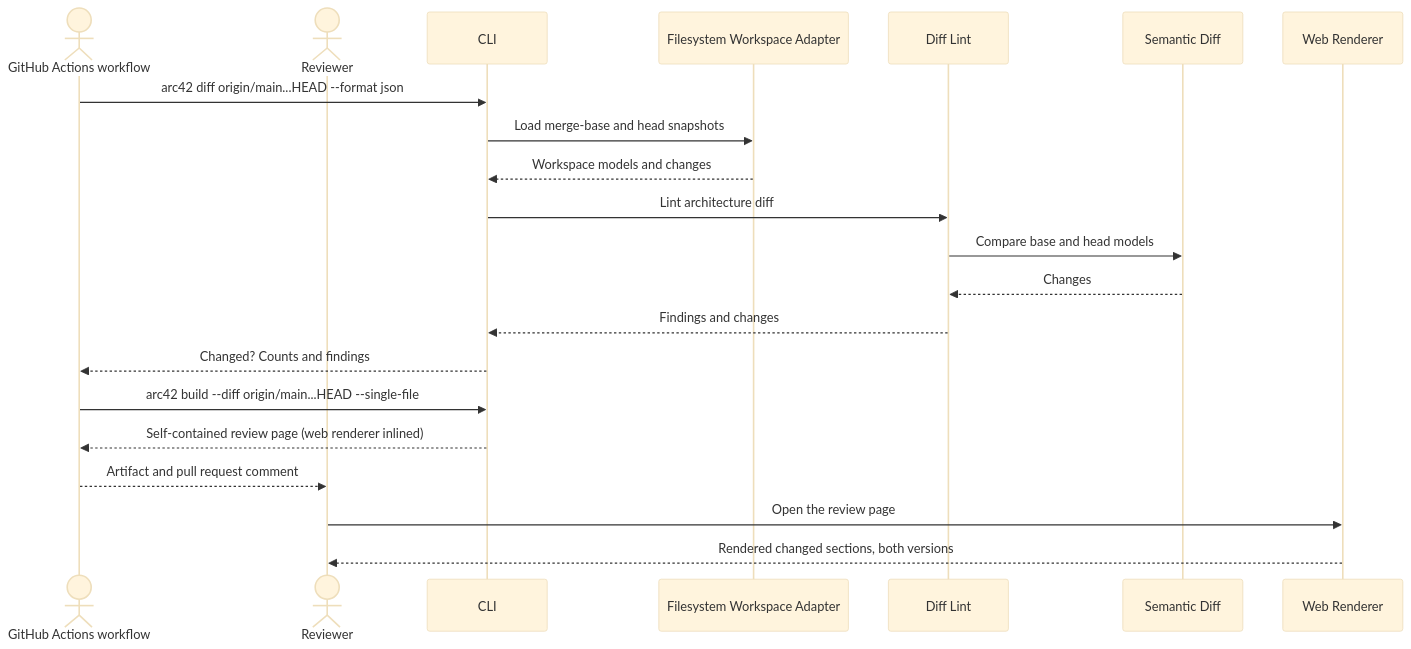
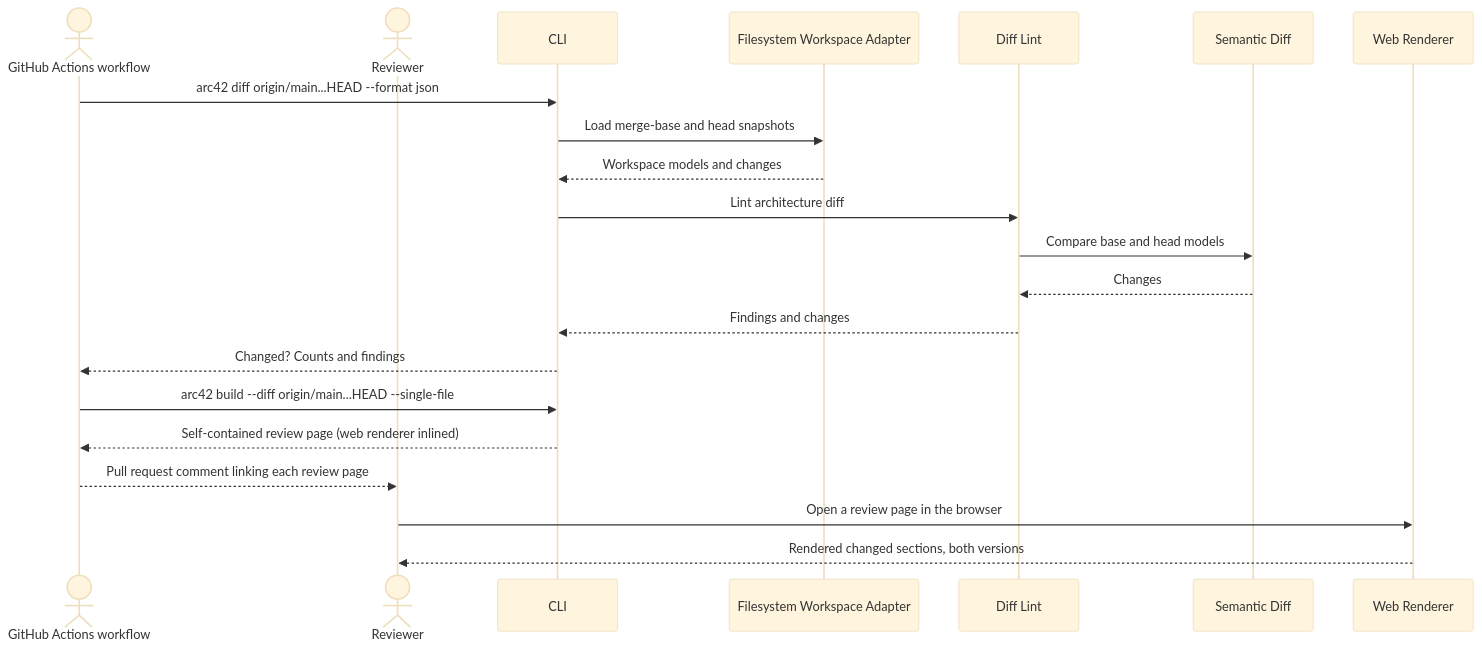
One commit to docToolchain/arc42-language changed the sixth of 7 diagrams in docs/arc42/06-runtime-view.arc42.md. Above: the diagram before and after it, drawn with Mermaid (base theme). The commit also changed other lines of this file and 3 other files, not shown here.

First line of the commit message:
ci(review): open each architecture review page directly in the browser

````diff
--- a/docs/arc42/06-runtime-view.arc42.md
+++ b/docs/arc42/06-runtime-view.arc42.md
@@ -301,24 +302,24 @@
 ```mermaid
 sequenceDiagram
     actor actor_ci as GitHub Actions workflow
     actor actor_reviewer as Reviewer
     participant bb_cli as CLI
     participant bb_workspace_fs as Filesystem Workspace Adapter
     participant bb_diff as Diff Lint
     participant bb_semantic_diff as Semantic Diff
     participant bb_web as Web Renderer
 
     actor_ci->>bb_cli: arc42 diff origin/main...HEAD --format json
     bb_cli->>bb_workspace_fs: Load merge-base and head snapshots
     bb_workspace_fs-->>bb_cli: Workspace models and changes
     bb_cli->>bb_diff: Lint architecture diff
     bb_diff->>bb_semantic_diff: Compare base and head models
     bb_semantic_diff-->>bb_diff: Changes
     bb_diff-->>bb_cli: Findings and changes
     bb_cli-->>actor_ci: Changed? Counts and findings
     actor_ci->>bb_cli: arc42 build --diff origin/main...HEAD --single-file
     bb_cli-->>actor_ci: Self-contained review page (web renderer inlined)
-    actor_ci-->>actor_reviewer: Artifact and pull request comment
-    actor_reviewer->>bb_web: Open the review page
+    actor_ci-->>actor_reviewer: Pull request comment linking each review page
+    actor_reviewer->>bb_web: Open a review page in the browser
     bb_web-->>actor_reviewer: Rendered changed sections, both versions
 ```
````
